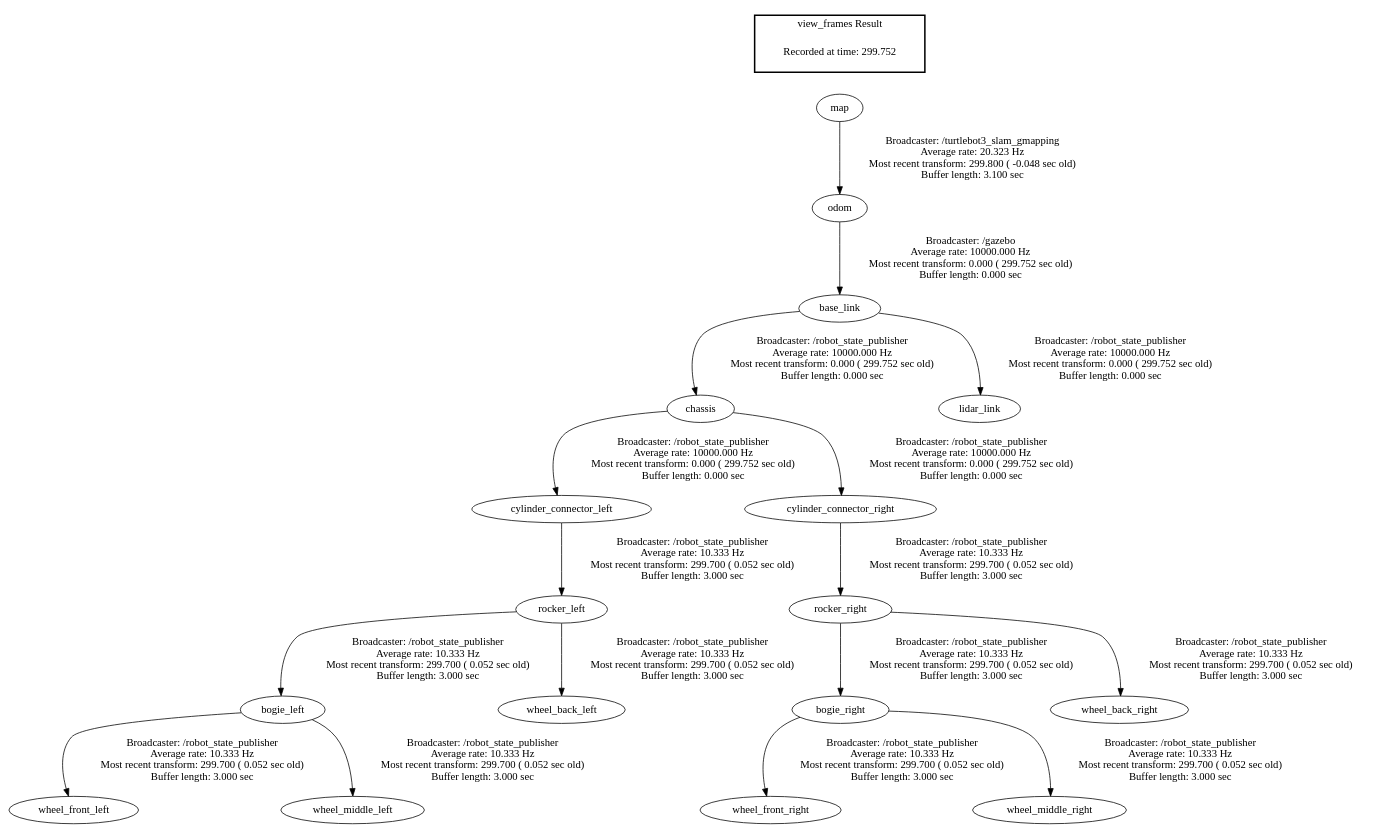
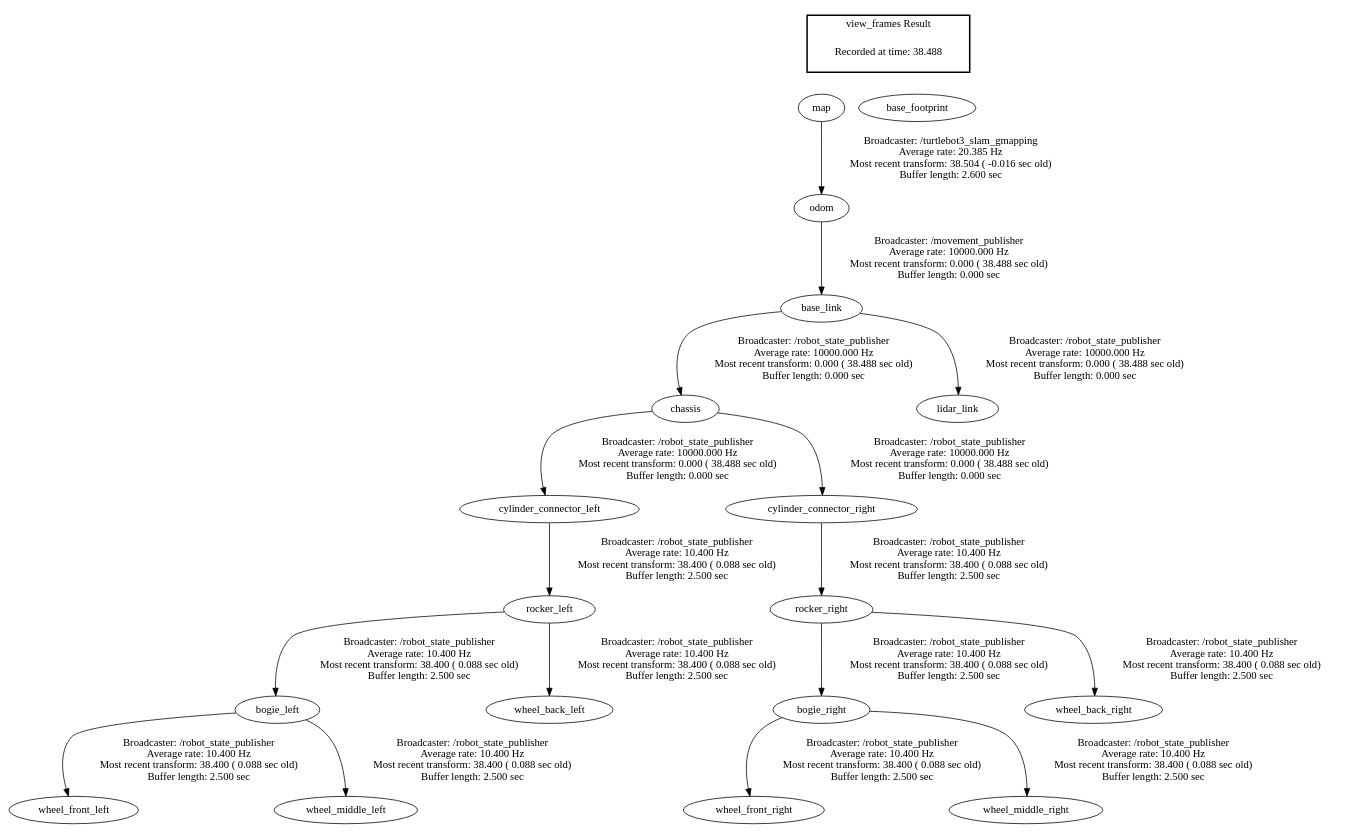
The diagram in src/rocker_bogie/src/frames.gv (yossaphatkln/Senior_project), drawn with Graphviz before and after one commit. The commit also changed 1 other file, not shown here.

```diff
--- a/src/rocker_bogie/src/frames.gv
+++ b/src/rocker_bogie/src/frames.gv
@@ -1,22 +1,26 @@
 digraph G {
-"odom" -> "base_link"[label="Broadcaster: /gazebo\nAverage rate: 10000.000 Hz\nMost recent transform: 0.000 ( 299.752 sec old)\nBuffer length: 0.000 sec\n"];
-"map" -> "odom"[label="Broadcaster: /turtlebot3_slam_gmapping\nAverage rate: 20.323 Hz\nMost recent transform: 299.800 ( -0.048 sec old)\nBuffer length: 3.100 sec\n"];
-"base_link" -> "chassis"[label="Broadcaster: /robot_state_publisher\nAverage rate: 10000.000 Hz\nMost recent transform: 0.000 ( 299.752 sec old)\nBuffer length: 0.000 sec\n"];
-"chassis" -> "cylinder_connector_left"[label="Broadcaster: /robot_state_publisher\nAverage rate: 10000.000 Hz\nMost recent transform: 0.000 ( 299.752 sec old)\nBuffer length: 0.000 sec\n"];
-"chassis" -> "cylinder_connector_right"[label="Broadcaster: /robot_state_publisher\nAverage rate: 10000.000 Hz\nMost recent transform: 0.000 ( 299.752 sec old)\nBuffer length: 0.000 sec\n"];
-"base_link" -> "lidar_link"[label="Broadcaster: /robot_state_publisher\nAverage rate: 10000.000 Hz\nMost recent transform: 0.000 ( 299.752 sec old)\nBuffer length: 0.000 sec\n"];
-"cylinder_connector_left" -> "rocker_left"[label="Broadcaster: /robot_state_publisher\nAverage rate: 10.333 Hz\nMost recent transform: 299.700 ( 0.052 sec old)\nBuffer length: 3.000 sec\n"];
-"cylinder_connector_right" -> "rocker_right"[label="Broadcaster: /robot_state_publisher\nAverage rate: 10.333 Hz\nMost recent transform: 299.700 ( 0.052 sec old)\nBuffer length: 3.000 sec\n"];
-"rocker_left" -> "bogie_left"[label="Broadcaster: /robot_state_publisher\nAverage rate: 10.333 Hz\nMost recent transform: 299.700 ( 0.052 sec old)\nBuffer length: 3.000 sec\n"];
-"rocker_right" -> "bogie_right"[label="Broadcaster: /robot_state_publisher\nAverage rate: 10.333 Hz\nMost recent transform: 299.700 ( 0.052 sec old)\nBuffer length: 3.000 sec\n"];
-"rocker_left" -> "wheel_back_left"[label="Broadcaster: /robot_state_publisher\nAverage rate: 10.333 Hz\nMost recent transform: 299.700 ( 0.052 sec old)\nBuffer length: 3.000 sec\n"];
-"rocker_right" -> "wheel_back_right"[label="Broadcaster: /robot_state_publisher\nAverage rate: 10.333 Hz\nMost recent transform: 299.700 ( 0.052 sec old)\nBuffer length: 3.000 sec\n"];
-"bogie_left" -> "wheel_front_left"[label="Broadcaster: /robot_state_publisher\nAverage rate: 10.333 Hz\nMost recent transform: 299.700 ( 0.052 sec old)\nBuffer length: 3.000 sec\n"];
-"bogie_right" -> "wheel_front_right"[label="Broadcaster: /robot_state_publisher\nAverage rate: 10.333 Hz\nMost recent transform: 299.700 ( 0.052 sec old)\nBuffer length: 3.000 sec\n"];
-"bogie_left" -> "wheel_middle_left"[label="Broadcaster: /robot_state_publisher\nAverage rate: 10.333 Hz\nMost recent transform: 299.700 ( 0.052 sec old)\nBuffer length: 3.000 sec\n"];
-"bogie_right" -> "wheel_middle_right"[label="Broadcaster: /robot_state_publisher\nAverage rate: 10.333 Hz\nMost recent transform: 299.700 ( 0.052 sec old)\nBuffer length: 3.000 sec\n"];
+"odom" -> "base_link"[label="Broadcaster: /movement_publisher\nAverage rate: 10000.000 Hz\nMost recent transform: 0.000 ( 38.488 sec old)\nBuffer length: 0.000 sec\n"];
+"base_link" -> "chassis"[label="Broadcaster: /robot_state_publisher\nAverage rate: 10000.000 Hz\nMost recent transform: 0.000 ( 38.488 sec old)\nBuffer length: 0.000 sec\n"];
+"chassis" -> "cylinder_connector_left"[label="Broadcaster: /robot_state_publisher\nAverage rate: 10000.000 Hz\nMost recent transform: 0.000 ( 38.488 sec old)\nBuffer length: 0.000 sec\n"];
+"chassis" -> "cylinder_connector_right"[label="Broadcaster: /robot_state_publisher\nAverage rate: 10000.000 Hz\nMost recent transform: 0.000 ( 38.488 sec old)\nBuffer length: 0.000 sec\n"];
+"base_link" -> "lidar_link"[label="Broadcaster: /robot_state_publisher\nAverage rate: 10000.000 Hz\nMost recent transform: 0.000 ( 38.488 sec old)\nBuffer length: 0.000 sec\n"];
+"map" -> "odom"[label="Broadcaster: /turtlebot3_slam_gmapping\nAverage rate: 20.385 Hz\nMost recent transform: 38.504 ( -0.016 sec old)\nBuffer length: 2.600 sec\n"];
+"cylinder_connector_left" -> "rocker_left"[label="Broadcaster: /robot_state_publisher\nAverage rate: 10.400 Hz\nMost recent transform: 38.400 ( 0.088 sec old)\nBuffer length: 2.500 sec\n"];
+"cylinder_connector_right" -> "rocker_right"[label="Broadcaster: /robot_state_publisher\nAverage rate: 10.400 Hz\nMost recent transform: 38.400 ( 0.088 sec old)\nBuffer length: 2.500 sec\n"];
+"rocker_left" -> "bogie_left"[label="Broadcaster: /robot_state_publisher\nAverage rate: 10.400 Hz\nMost recent transform: 38.400 ( 0.088 sec old)\nBuffer length: 2.500 sec\n"];
+"rocker_right" -> "bogie_right"[label="Broadcaster: /robot_state_publisher\nAverage rate: 10.400 Hz\nMost recent transform: 38.400 ( 0.088 sec old)\nBuffer length: 2.500 sec\n"];
+"rocker_left" -> "wheel_back_left"[label="Broadcaster: /robot_state_publisher\nAverage rate: 10.400 Hz\nMost recent transform: 38.400 ( 0.088 sec old)\nBuffer length: 2.500 sec\n"];
+"rocker_right" -> "wheel_back_right"[label="Broadcaster: /robot_state_publisher\nAverage rate: 10.400 Hz\nMost recent transform: 38.400 ( 0.088 sec old)\nBuffer length: 2.500 sec\n"];
+"bogie_left" -> "wheel_front_left"[label="Broadcaster: /robot_state_publisher\nAverage rate: 10.400 Hz\nMost recent transform: 38.400 ( 0.088 sec old)\nBuffer length: 2.500 sec\n"];
+"bogie_right" -> "wheel_front_right"[label="Broadcaster: /robot_state_publisher\nAverage rate: 10.400 Hz\nMost recent transform: 38.400 ( 0.088 sec old)\nBuffer length: 2.500 sec\n"];
+"bogie_left" -> "wheel_middle_left"[label="Broadcaster: /robot_state_publisher\nAverage rate: 10.400 Hz\nMost recent transform: 38.400 ( 0.088 sec old)\nBuffer length: 2.500 sec\n"];
+"bogie_right" -> "wheel_middle_right"[label="Broadcaster: /robot_state_publisher\nAverage rate: 10.400 Hz\nMost recent transform: 38.400 ( 0.088 sec old)\nBuffer length: 2.500 sec\n"];
 edge [style=invis];
  subgraph cluster_legend { style=bold; color=black; label ="view_frames Result";
-"Recorded at time: 299.752"[ shape=plaintext ] ;
+"Recorded at time: 38.488"[ shape=plaintext ] ;
+ }->"base_footprint";
+edge [style=invis];
+ subgraph cluster_legend { style=bold; color=black; label ="view_frames Result";
+"Recorded at time: 38.488"[ shape=plaintext ] ;
  }->"map";
 }
```
